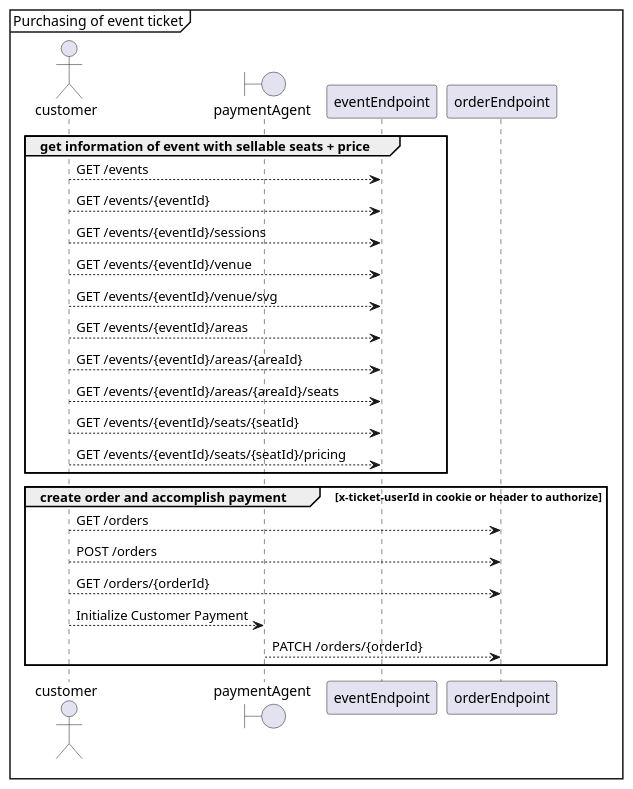
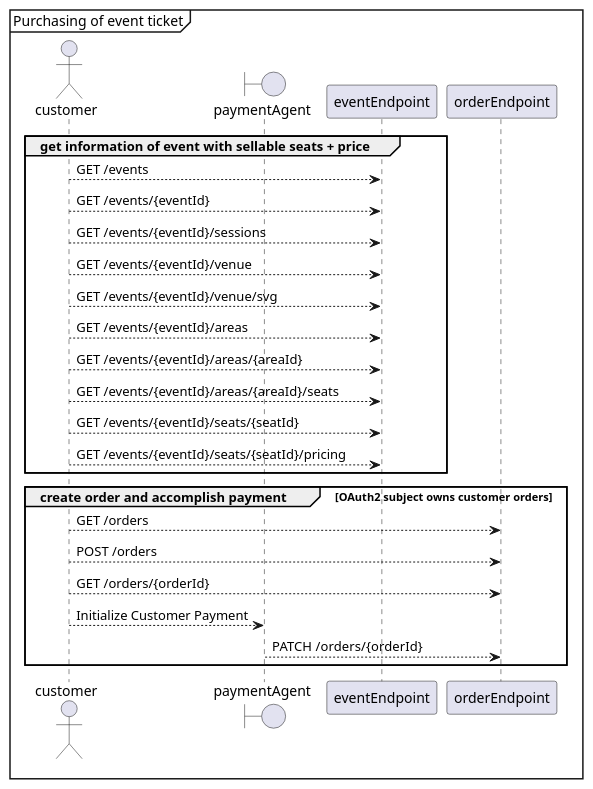
The diagram in uml/order.plantuml (grantsunny/JTicket), drawn with PlantUML before and after one commit. The commit also changed 12 other files, not shown here.

Commit message:
Use OAuth identity for order authorization

```diff
--- a/uml/order.plantuml
+++ b/uml/order.plantuml
@@ -1,31 +1,31 @@
 @startuml
 mainframe Purchasing of event ticket
 
 actor customer
 boundary paymentAgent
 participant eventEndpoint
 participant orderEndpoint
 
 group get information of event with sellable seats + price
 customer --> eventEndpoint: GET /events
 customer --> eventEndpoint: GET /events/{eventId}
 customer --> eventEndpoint: GET /events/{eventId}/sessions
 customer --> eventEndpoint: GET /events/{eventId}/venue
 customer --> eventEndpoint: GET /events/{eventId}/venue/svg
 
 customer --> eventEndpoint: GET /events/{eventId}/areas
 customer --> eventEndpoint: GET /events/{eventId}/areas/{areaId}
 customer --> eventEndpoint: GET /events/{eventId}/areas/{areaId}/seats
 customer --> eventEndpoint: GET /events/{eventId}/seats/{seatId}
 customer --> eventEndpoint: GET /events/{eventId}/seats/{seatId}/pricing
 end
 
-group create order and accomplish payment [x-ticket-userId in cookie or header to authorize]
+group create order and accomplish payment [OAuth2 subject owns customer orders]
 customer --> orderEndpoint: GET /orders
 customer --> orderEndpoint: POST /orders
 customer --> orderEndpoint: GET /orders/{orderId}
 customer --> paymentAgent: Initialize Customer Payment
 paymentAgent --> orderEndpoint: PATCH /orders/{orderId}
 end
 
 @enduml
```
